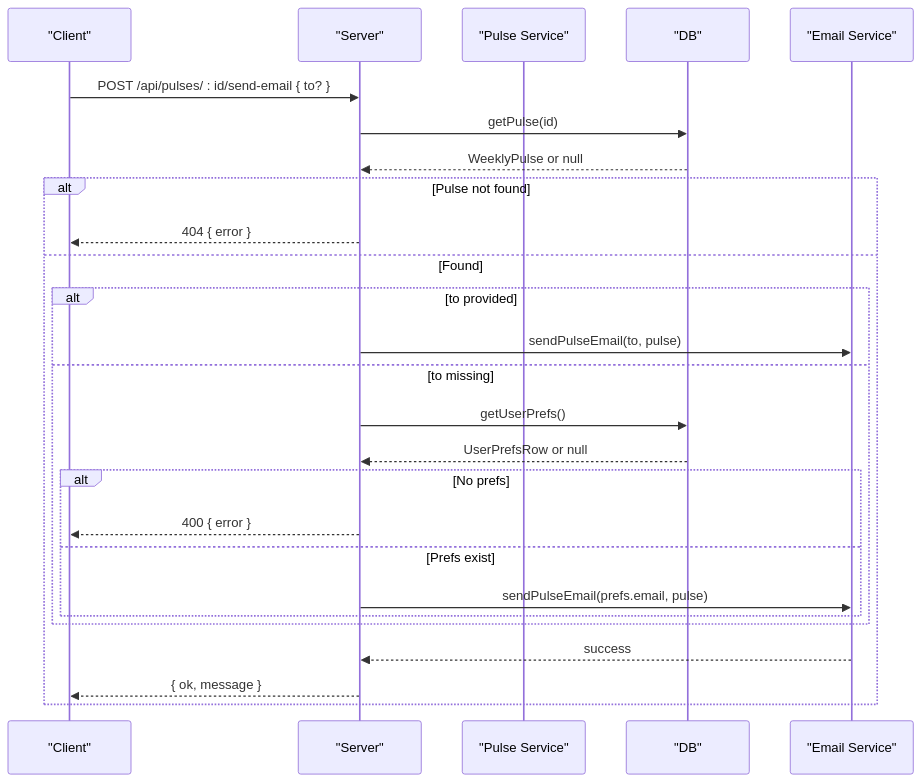
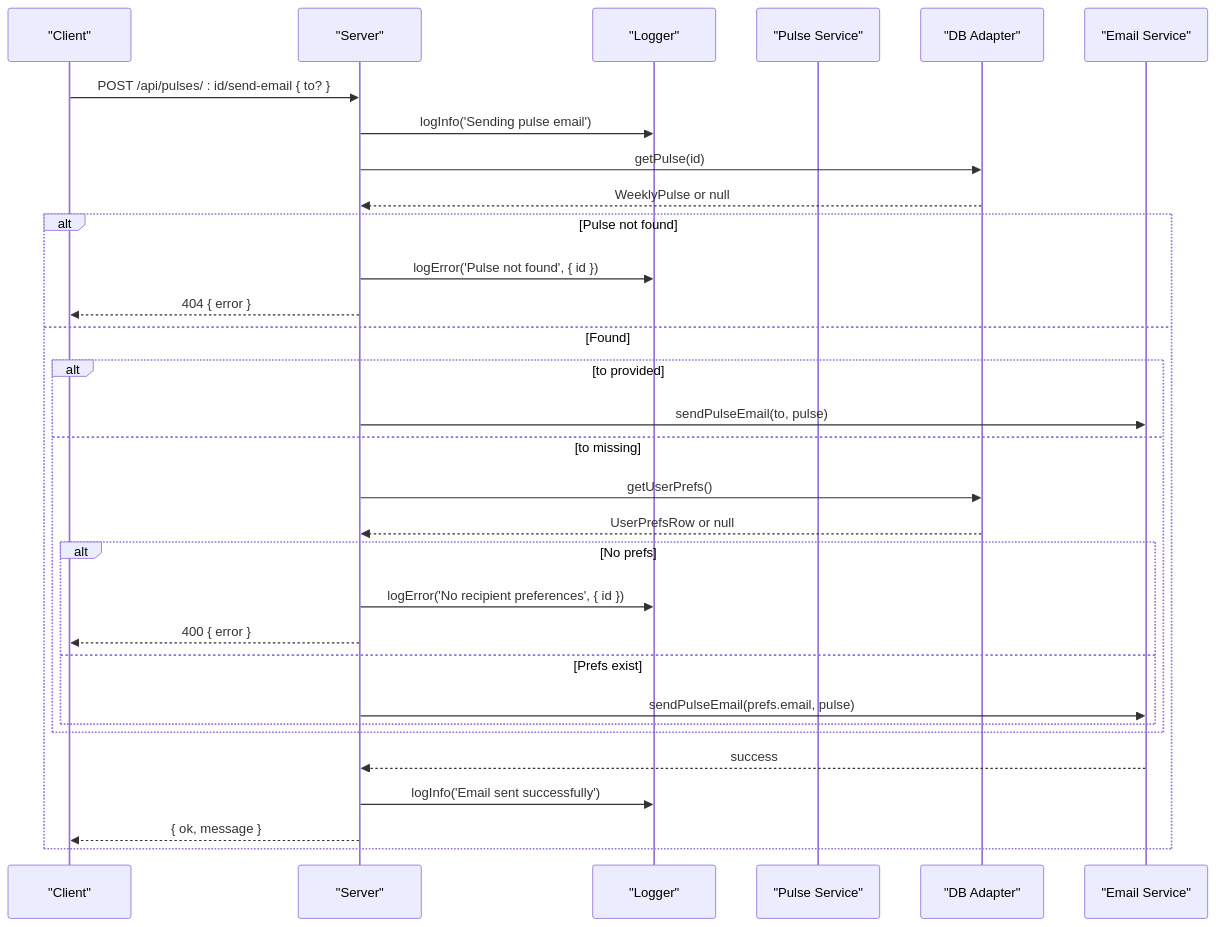
Before and after one commit to aravinthraj-ramalingam/Groww-App-Review-Insights-Analyzer-: the sixth of 11 diagrams in .qoder/repowiki/en/content/API Reference/Phase 2 API Endpoints.md, drawn with Mermaid. The commit also changed other lines of this file and 10 other files, not shown here.

Commit message:
Fix pulse duplicate key error, theme deduplication, and button alignment

````diff
--- a/.qoder/repowiki/en/content/API Reference/Phase 2 API Endpoints.md
+++ b/.qoder/repowiki/en/content/API Reference/Phase 2 API Endpoints.md
@@ -390,28 +449,33 @@
 ```mermaid
 sequenceDiagram
 participant C as "Client"
 participant S as "Server"
+participant L as "Logger"
 participant P as "Pulse Service"
-participant DB as "DB"
+participant DB as "DB Adapter"
 participant E as "Email Service"
 C->>S : POST /api/pulses/ : id/send-email { to? }
+S->>L : logInfo('Sending pulse email')
 S->>DB : getPulse(id)
 DB-->>S : WeeklyPulse or null
 alt Pulse not found
+S->>L : logError('Pulse not found', { id })
 S-->>C : 404 { error }
 else Found
 alt to provided
 S->>E : sendPulseEmail(to, pulse)
 else to missing
 S->>DB : getUserPrefs()
 DB-->>S : UserPrefsRow or null
 alt No prefs
+S->>L : logError('No recipient preferences', { id })
 S-->>C : 400 { error }
 else Prefs exist
 S->>E : sendPulseEmail(prefs.email, pulse)
 end
 end
 E-->>S : success
+S->>L : logInfo('Email sent successfully')
 S-->>C : { ok, message }
 end
 ```
````
